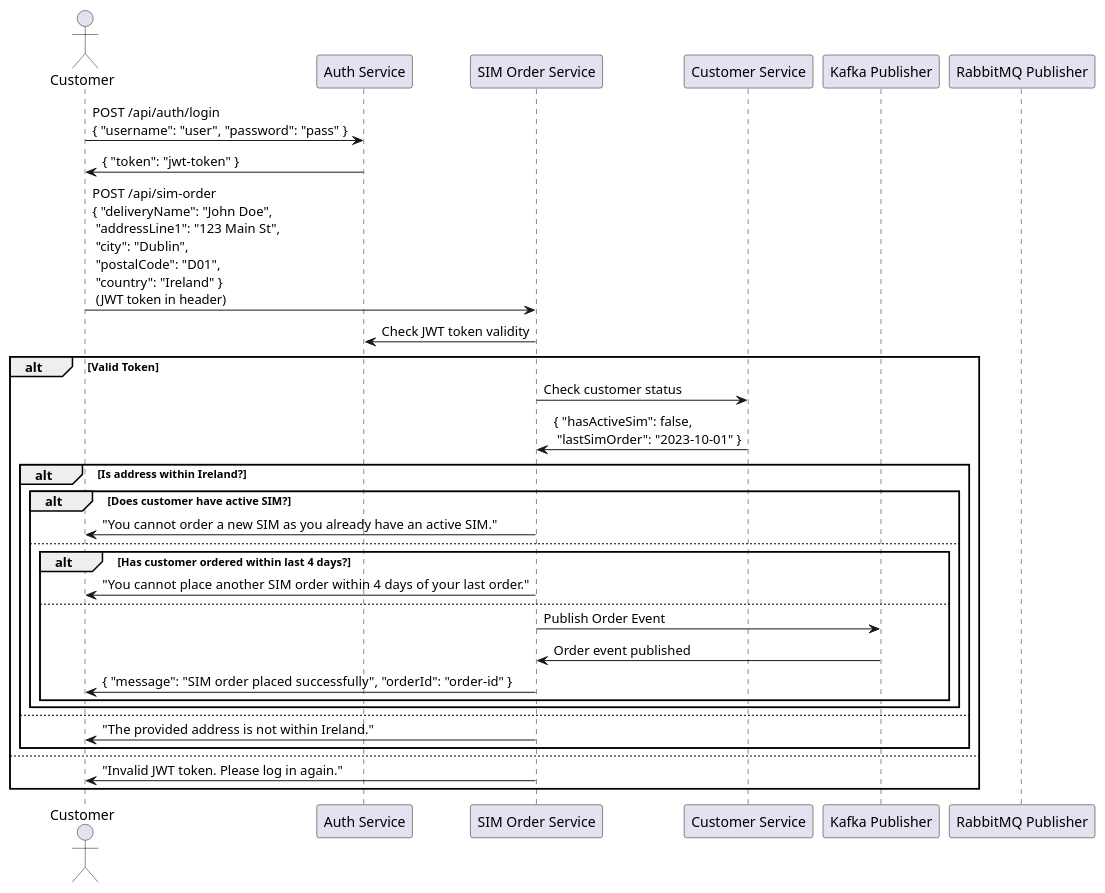
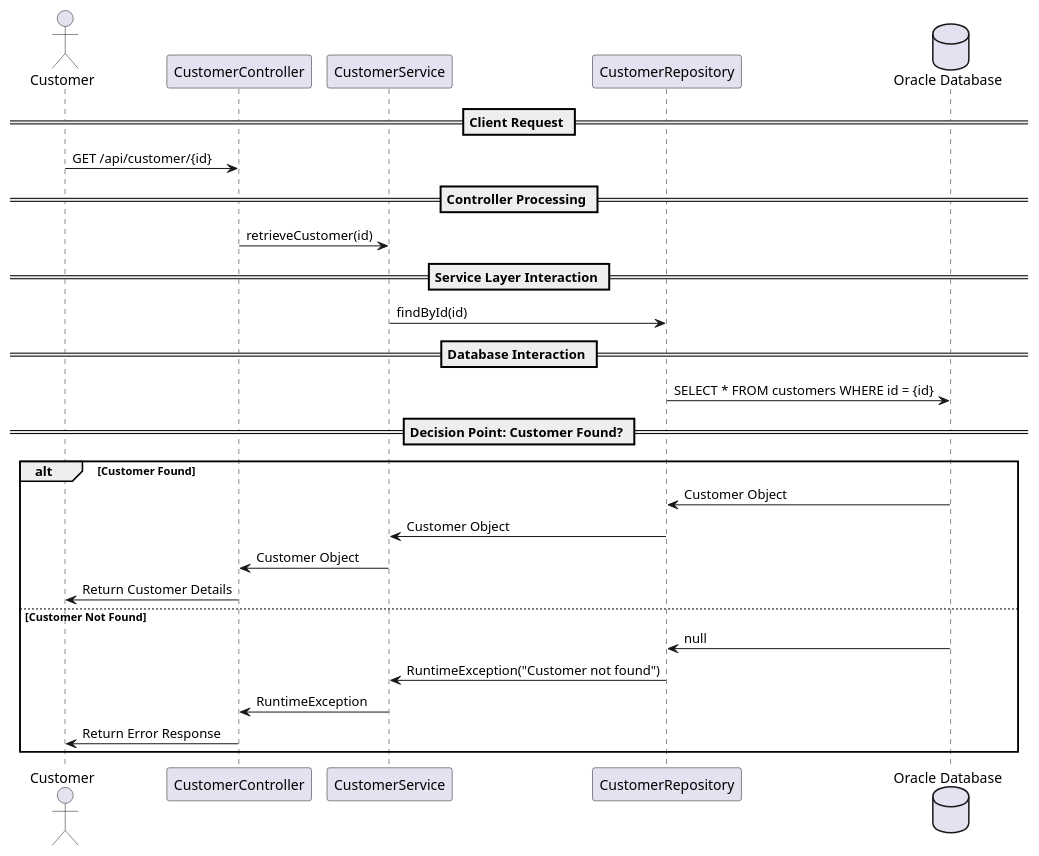
One commit to Bhaskar-Pavan/ThreeIreland_48 changed the diagram in design_document/ThreeIreland_48.md. Above: the diagram before and after it, drawn with PlantUML. The commit also changed other lines of this file, not shown here.

````diff
--- a/design_document/ThreeIreland_48.md
+++ b/design_document/ThreeIreland_48.md
@@ -47,40 +28,35 @@
 ```plantuml
 @startuml
 actor Customer
-participant "Auth Service" as Auth
-participant "SIM Order Service" as SIMService
-participant "Customer Service" as CustomerService
-participant "Kafka Publisher" as Kafka
-participant "RabbitMQ Publisher" as RabbitMQ
+participant "CustomerController" as Controller
+participant "CustomerService" as Service
+participant "CustomerRepository" as Repository
+database "Oracle Database" as DB
 
-Customer -> Auth: POST /api/auth/login\n{ "username": "user", "password": "pass" }
-Auth -> Customer: { "token": "jwt-token" }
+== Client Request ==
+Customer -> Controller: GET /api/customer/{id}
 
-Customer -> SIMService: POST /api/sim-order\n{ "deliveryName": "John Doe",\n "addressLine1": "123 Main St",\n "city": "Dublin",\n "postalCode": "D01",\n "country": "Ireland" }\n (JWT token in header)
+== Controller Processing ==
+Controller -> Service: retrieveCustomer(id)
 
-SIMService -> Auth: Check JWT token validity
-alt Valid Token
-    SIMService -> CustomerService: Check customer status
-    CustomerService -> SIMService: { "hasActiveSim": false,\n "lastSimOrder": "2023-10-01" }
+== Service Layer Interaction ==
+Service -> Repository: findById(id)
 
-    alt Is address within Ireland?
-        alt Does customer have active SIM?
-            SIMService -> Customer: "You cannot order a new SIM as you already have an active SIM."
-        else
-            alt Has customer ordered within last 4 days?
-                SIMService -> Customer: "You cannot place another SIM order within 4 days of your last order."
-            else
-                SIMService -> Kafka: Publish Order Event
-                Kafka -> SIMService: Order event published
-                SIMService -> Customer: { "message": "SIM order placed successfully", "orderId": "order-id" }
-            end
-        end
-    else
-        SIMService -> Customer: "The provided address is not within Ireland."
-    end
-else
-    SIMService -> Customer: "Invalid JWT token. Please log in again."
+== Database Interaction ==
+Repository -> DB: SELECT * FROM customers WHERE id = {id}
+
+== Decision Point: Customer Found? ==
+alt Customer Found
+    DB -> Repository: Customer Object
+    Repository -> Service: Customer Object
+    Service -> Controller: Customer Object
+    Controller -> Customer: Return Customer Details
+else Customer Not Found
+    DB -> Repository: null
+    Repository -> Service: RuntimeException("Customer not found")
+    Service -> Controller: RuntimeException
+    Controller -> Customer: Return Error Response
 end
 
 @enduml
 ```
````
